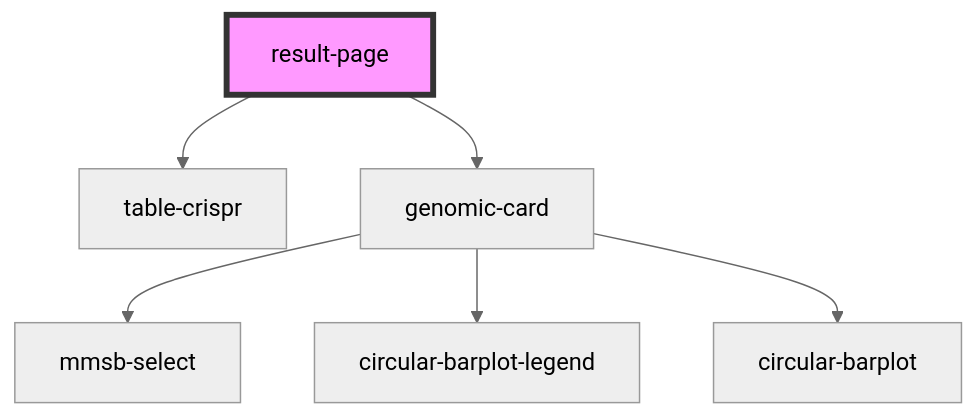
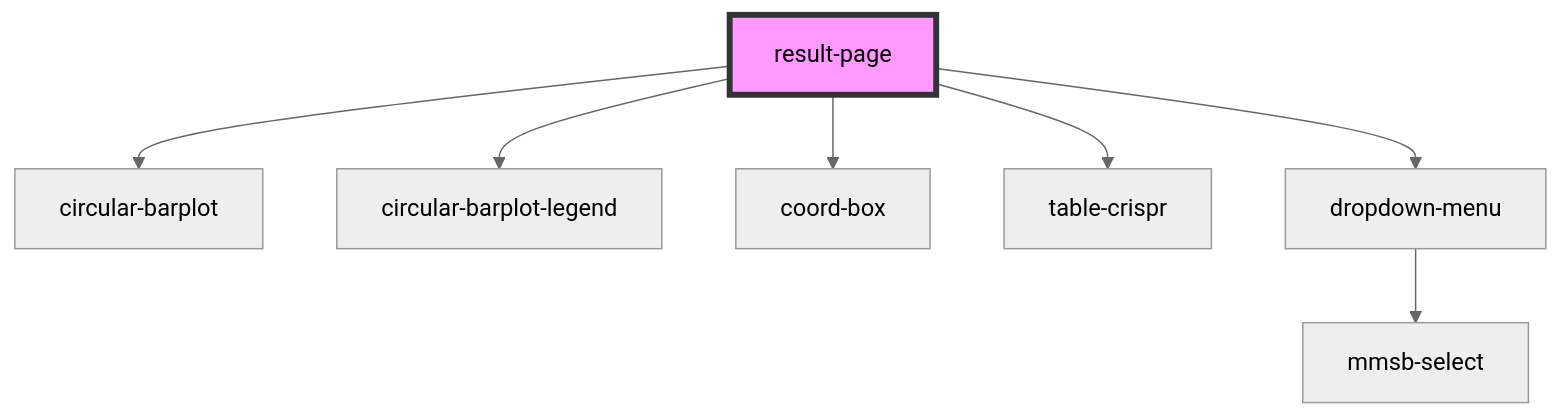
The diagram in src/components/result-page/readme.md (MMSB-MOBI/result_page_crispr), drawn with Mermaid (neutral theme) before and after one commit. The commit also changed other lines of this file and 11 other files, not shown here.

````diff
--- a/src/components/result-page/readme.md
+++ b/src/components/result-page/readme.md
@@ -27,9 +33,10 @@
 ```mermaid
 graph TD;
+  result-page --> circular-barplot
+  result-page --> circular-barplot-legend
+  result-page --> coord-box
   result-page --> table-crispr
-  result-page --> genomic-card
-  genomic-card --> mmsb-select
-  genomic-card --> circular-barplot-legend
-  genomic-card --> circular-barplot
+  result-page --> dropdown-menu
+  dropdown-menu --> mmsb-select
   style result-page fill:#f9f,stroke:#333,stroke-width:4px
 ```
````
